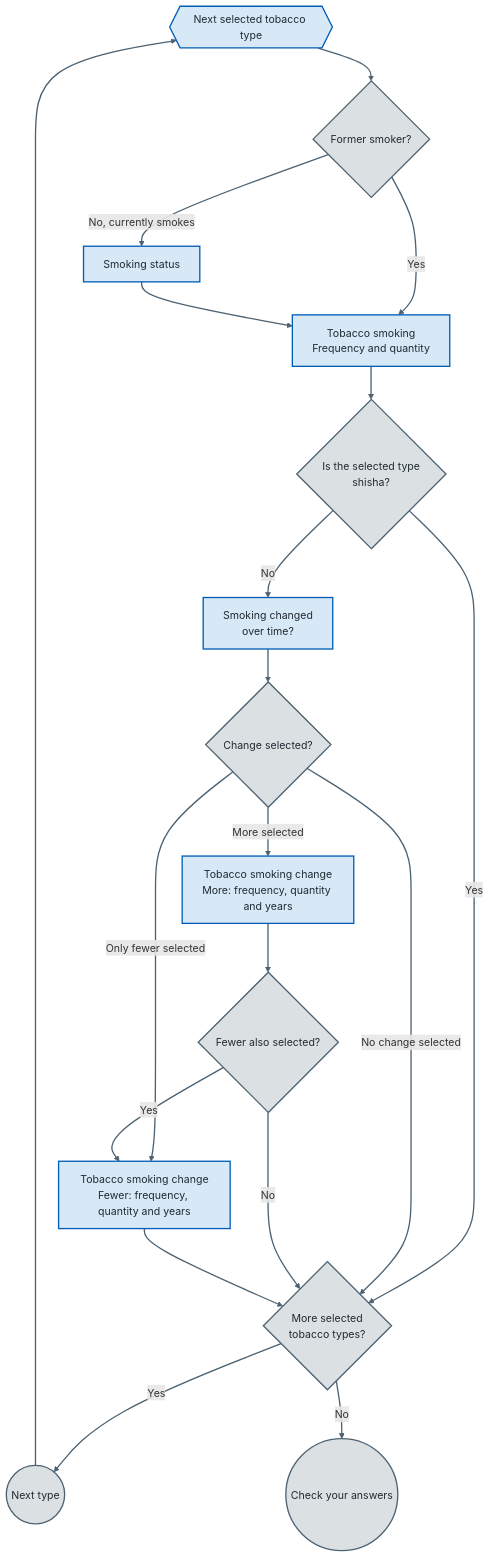
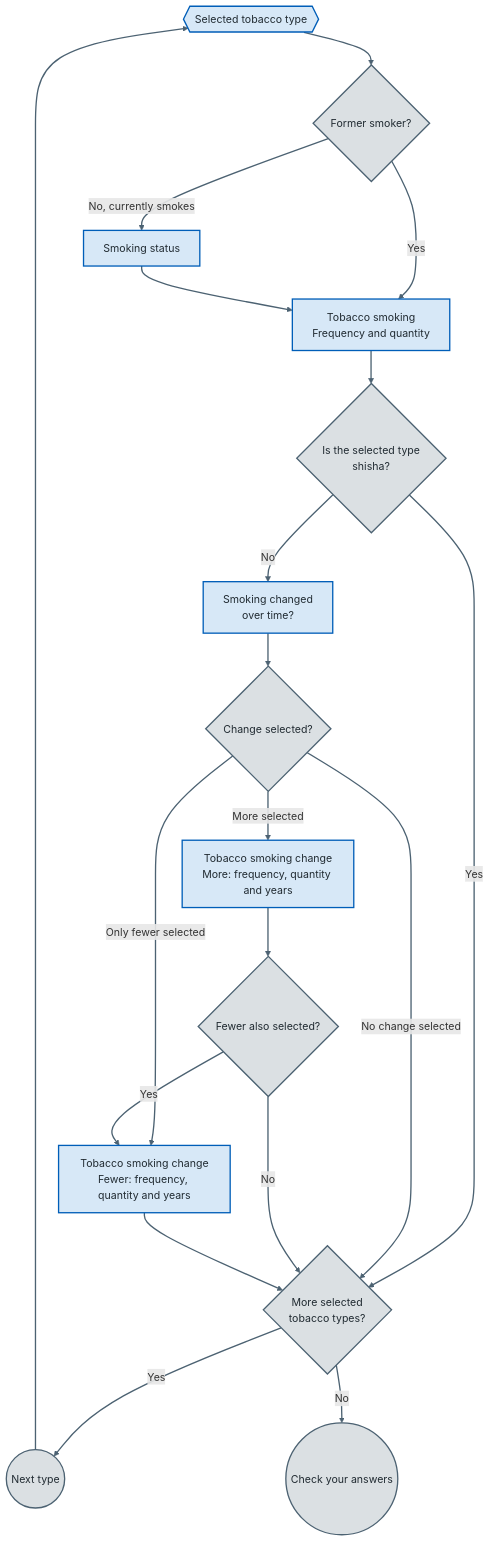
One commit to NHSDigital/prototype-lung-health-check changed the second of 2 diagrams in app/prototype_v4_2/docs/question-flow.md. Above: the diagram before and after it, drawn with Mermaid. The commit also changed other lines of this file and 3 other files, not shown here.

Commit message:
Update flow diagram content

````diff
--- a/app/prototype_v4_2/docs/question-flow.md
+++ b/app/prototype_v4_2/docs/question-flow.md
@@ -100,33 +102,33 @@
 ```mermaid
 flowchart TD
-  selectedType{{Next selected tobacco type}} --> formerSmokerDecision{"Former smoker?"}
+  selectedType{{Selected tobacco type}} --> formerSmokerDecision{"Former smoker?"}
 
   formerSmokerDecision -- No, currently smokes --> status["Smoking status"]
   formerSmokerDecision -- Yes --> tobaccoSmoking["Tobacco smoking<br>Frequency and quantity"]
   status --> tobaccoSmoking
 
   tobaccoSmoking --> isShisha{"Is the selected type<br>shisha?"}
   isShisha -- Yes --> moreTypes
   isShisha -- No --> changed["Smoking changed<br>over time?"]
 
   changed --> changedDecision{"Change selected?"}
   changedDecision -- No change selected --> moreTypes
   changedDecision -- More selected --> moreChange["Tobacco smoking change<br>More: frequency, quantity and years"]
   moreChange --> fewerSelected{"Fewer also selected?"}
 
   changedDecision -- Only fewer selected --> fewerChange["Tobacco smoking change<br>Fewer: frequency, quantity and years"]
   fewerSelected -- Yes --> fewerChange
   fewerSelected -- No --> moreTypes
   fewerChange --> moreTypes
 
   moreTypes{"More selected<br>tobacco types?"}
   moreTypes -- Yes --> nextType((Next type))
   nextType --> selectedType
   moreTypes -- No --> cya((Check your answers))
   classDef controlFlow fill:#dbe0e3,stroke:#4c6272,color:#212b32,stroke-width:2px
   classDef process fill:#d7e8f7,stroke:#005eb8,color:#212b32,stroke-width:2px
   classDef data fill:#d9f3f0,stroke:#00a499,color:#212b32,stroke-width:2px
   linkStyle default stroke:#4c6272,stroke-width:2px
   class changedDecision,cya,fewerSelected,formerSmokerDecision,isShisha,moreTypes,nextType controlFlow
   class changed,fewerChange,moreChange,selectedType,status,tobaccoSmoking process
 ```
````
